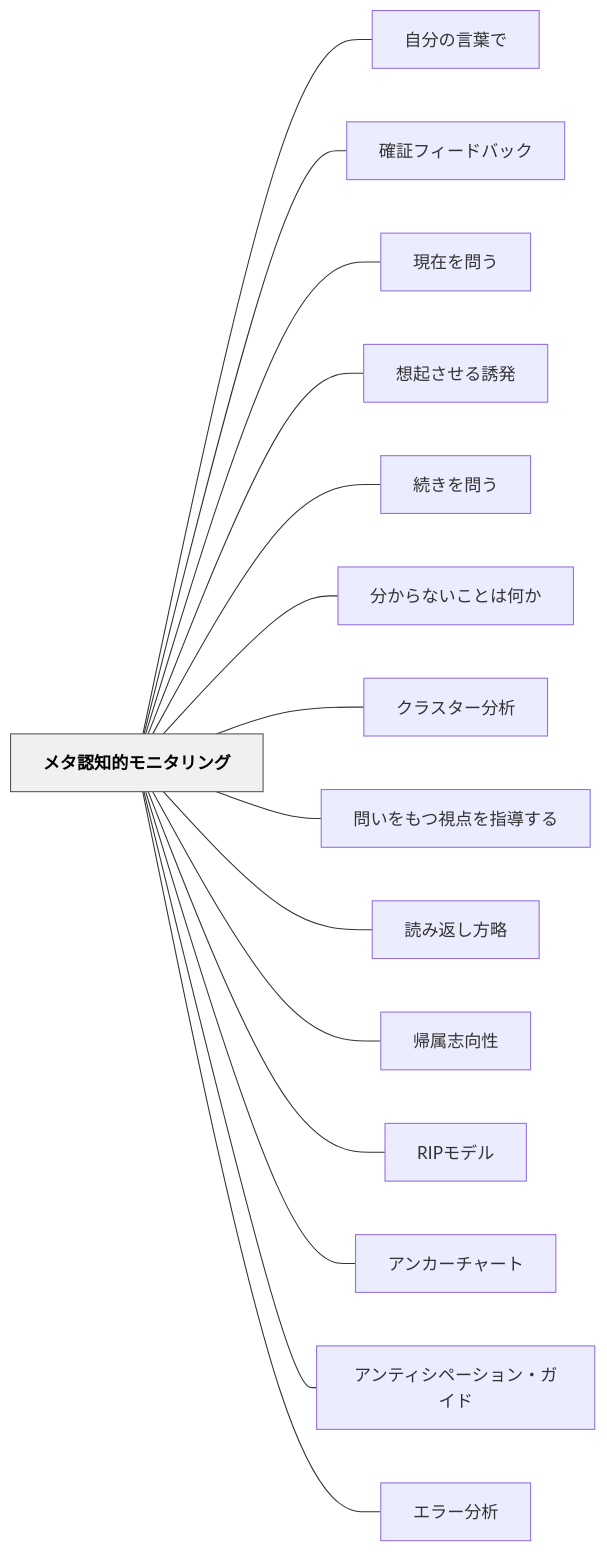
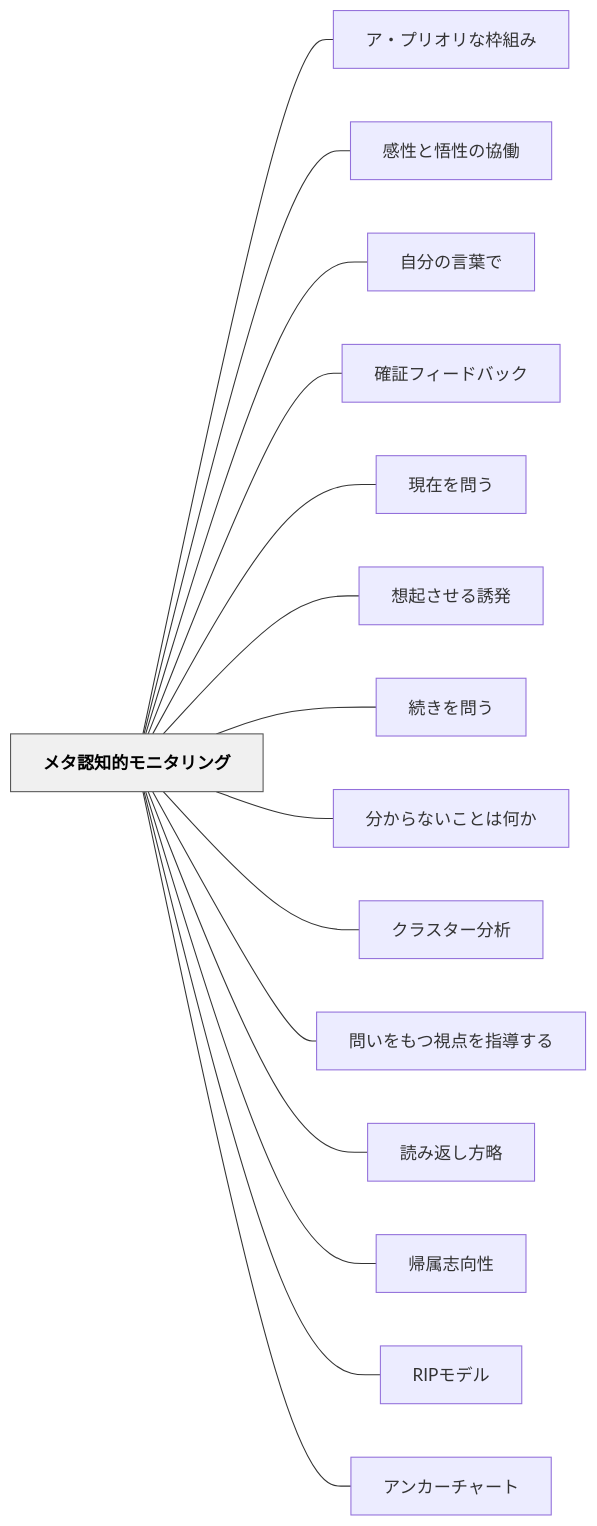
The diagram in content/パタン/メタ認知的モニタリング.md (unknownthings-ed-patterns/unknownthings-ed-patterns), drawn with Mermaid before and after one commit. The commit also changed other lines of this file and 18 other files, not shown here.

````diff
--- a/content/パタン/メタ認知的モニタリング.md
+++ b/content/パタン/メタ認知的モニタリング.md
@@ -141,36 +141,36 @@
 ```mermaid
 flowchart LR
     ne383a1e382bfe8aa8de79fa5e79a84e383a2e3838be382bfe383aae383b3e382b0["メタ認知的モニタリング"]
+    ne382a2e383bbe38397e383aae382aae383aae381aae69ea0e7b584e381bf["ア・プリオリな枠組み"]
+    ne6849fe680a7e381a8e6829fe680a7e381aee58d94e5838d["感性と悟性の協働"]
     ne887aae58886e381aee8a880e89189e381a7["自分の言葉で"]
     ne7a2bae8a8bce38395e382a3e383bce38389e38390e38383e382af["確証フィードバック"]
     ne78fbee59ca8e38292e5958fe38186["現在を問う"]
     ne683b3e8b5b7e38195e3819be3828be8aa98e799ba["想起させる誘発"]
     ne7b69ae3818de38292e5958fe38186["続きを問う"]
     ne58886e3818be38289e381aae38184e38193e381a8e381afe4bd95e3818b["分からないことは何か"]
     ne382afe383a9e382b9e382bfe383bce58886e69e90["クラスター分析"]
     ne5958fe38184e38292e38282e381a4e8a696e782b9e38292e68c87e5b08ee38199e3828b["問いをもつ視点を指導する"]
     ne8aaade381bfe8bf94e38197e696b9e795a5["読み返し方略"]
     ne5b8b0e5b19ee5bf97e59091e680a7["帰属志向性"]
     n524950e383a2e38387e383ab["RIPモデル"]
     ne382a2e383b3e382abe383bce38381e383a3e383bce38388["アンカーチャート"]
-    ne382a2e383b3e38386e382a3e382b7e3839ae383bce382b7e383a7e383b3e383bbe382ace382a4e38389["アンティシペーション・ガイド"]
-    ne382a8e383a9e383bce58886e69e90["エラー分析"]
 
+    ne383a1e382bfe8aa8de79fa5e79a84e383a2e3838be382bfe383aae383b3e382b0 --- ne382a2e383bbe38397e383aae382aae383aae381aae69ea0e7b584e381bf
+    ne383a1e382bfe8aa8de79fa5e79a84e383a2e3838be382bfe383aae383b3e382b0 --- ne6849fe680a7e381a8e6829fe680a7e381aee58d94e5838d
     ne383a1e382bfe8aa8de79fa5e79a84e383a2e3838be382bfe383aae383b3e382b0 --- ne887aae58886e381aee8a880e89189e381a7
     ne383a1e382bfe8aa8de79fa5e79a84e383a2e3838be382bfe383aae383b3e382b0 --- ne7a2bae8a8bce38395e382a3e383bce38389e38390e38383e382af
     ne383a1e382bfe8aa8de79fa5e79a84e383a2e3838be382bfe383aae383b3e382b0 --- ne78fbee59ca8e38292e5958fe38186
     ne383a1e382bfe8aa8de79fa5e79a84e383a2e3838be382bfe383aae383b3e382b0 --- ne683b3e8b5b7e38195e3819be3828be8aa98e799ba
     ne383a1e382bfe8aa8de79fa5e79a84e383a2e3838be382bfe383aae383b3e382b0 --- ne7b69ae3818de38292e5958fe38186
     ne383a1e382bfe8aa8de79fa5e79a84e383a2e3838be382bfe383aae383b3e382b0 --- ne58886e3818be38289e381aae38184e38193e381a8e381afe4bd95e3818b
     ne383a1e382bfe8aa8de79fa5e79a84e383a2e3838be382bfe383aae383b3e382b0 --- ne382afe383a9e382b9e382bfe383bce58886e69e90
     ne383a1e382bfe8aa8de79fa5e79a84e383a2e3838be382bfe383aae383b3e382b0 --- ne5958fe38184e38292e38282e381a4e8a696e782b9e38292e68c87e5b08ee38199e3828b
     ne383a1e382bfe8aa8de79fa5e79a84e383a2e3838be382bfe383aae383b3e382b0 --- ne8aaade381bfe8bf94e38197e696b9e795a5
     ne383a1e382bfe8aa8de79fa5e79a84e383a2e3838be382bfe383aae383b3e382b0 --- ne5b8b0e5b19ee5bf97e59091e680a7
     ne383a1e382bfe8aa8de79fa5e79a84e383a2e3838be382bfe383aae383b3e382b0 --- n524950e383a2e38387e383ab
     ne383a1e382bfe8aa8de79fa5e79a84e383a2e3838be382bfe383aae383b3e382b0 --- ne382a2e383b3e382abe383bce38381e383a3e383bce38388
-    ne383a1e382bfe8aa8de79fa5e79a84e383a2e3838be382bfe383aae383b3e382b0 --- ne382a2e383b3e38386e382a3e382b7e3839ae383bce382b7e383a7e383b3e383bbe382ace382a4e38389
-    ne383a1e382bfe8aa8de79fa5e79a84e383a2e3838be382bfe383aae383b3e382b0 --- ne382a8e383a9e383bce58886e69e90
 
     classDef hub fill:#f0f0f0,stroke:#555,color:#000,font-weight:bold
     class ne383a1e382bfe8aa8de79fa5e79a84e383a2e3838be382bfe383aae383b3e382b0 hub
 ```
````
